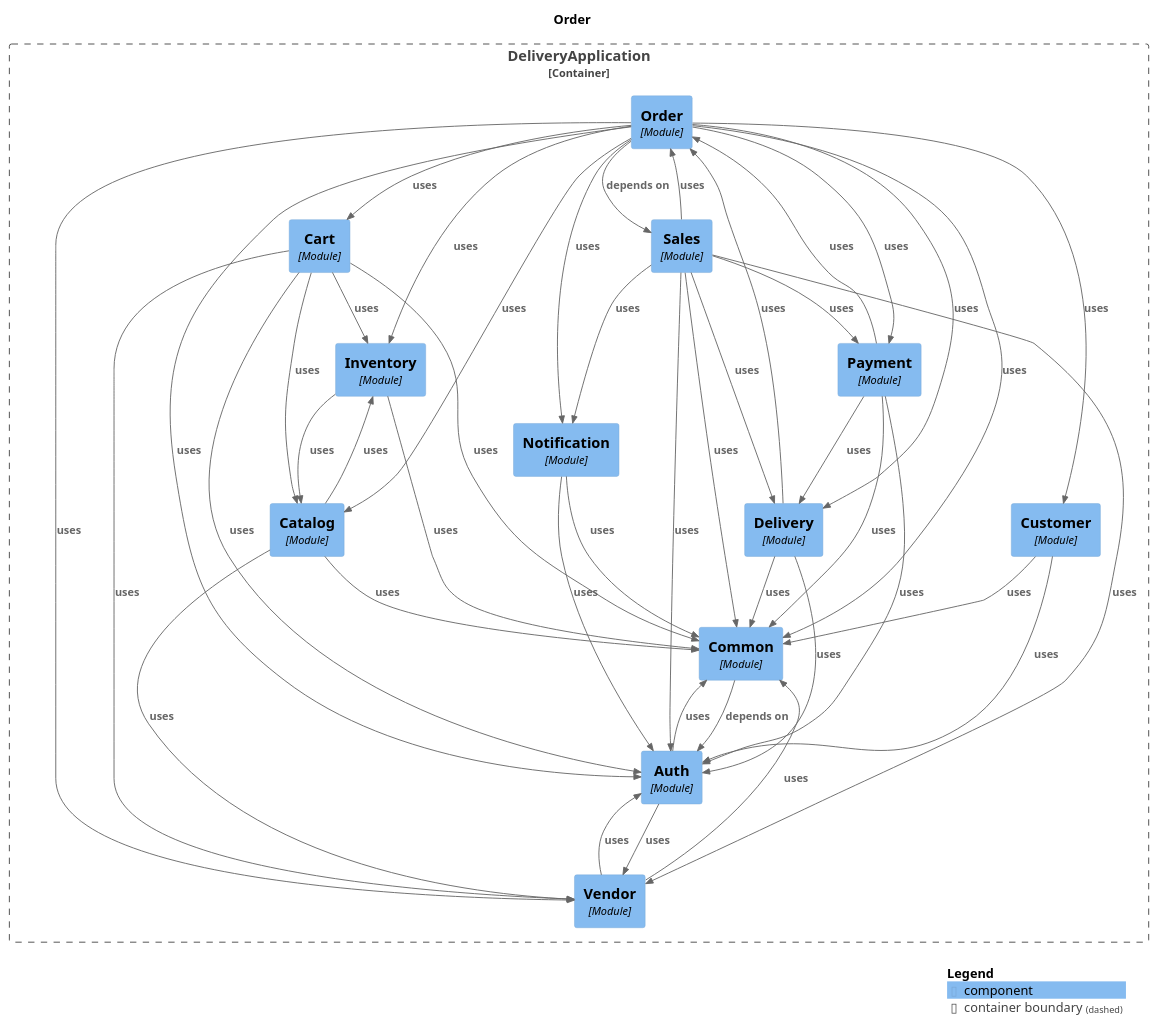
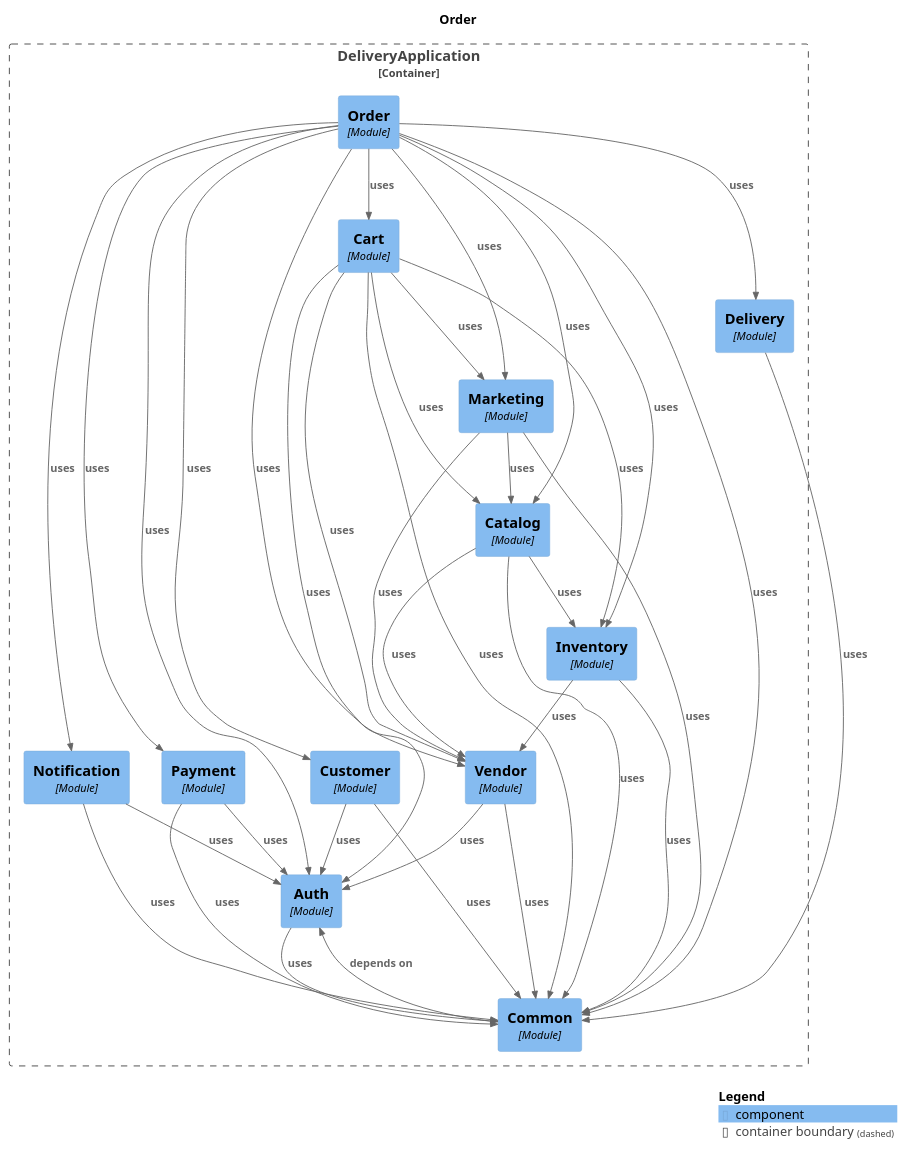
The diagram in docs/architecture/modules/module-order.puml (fxavier/pede-aqui), drawn with PlantUML before and after one commit. The commit also changed 22 other files, not shown here.

```diff
--- a/docs/architecture/modules/module-order.puml
+++ b/docs/architecture/modules/module-order.puml
@@ -1,72 +1,64 @@
 @startuml
 set separator none
 title Order
 
 top to bottom direction
 
 !include <C4/C4>
 !include <C4/C4_Context>
 !include <C4/C4_Component>
 
 Container_Boundary("DeliveryApplication.DeliveryApplication_boundary", "DeliveryApplication", $tags="") {
   Component(DeliveryApplication.DeliveryApplication.Inventory, "Inventory", $techn="Module", $descr="", $tags="", $link="")
+  Component(DeliveryApplication.DeliveryApplication.Marketing, "Marketing", $techn="Module", $descr="", $tags="", $link="")
   Component(DeliveryApplication.DeliveryApplication.Notification, "Notification", $techn="Module", $descr="", $tags="", $link="")
   Component(DeliveryApplication.DeliveryApplication.Order, "Order", $techn="Module", $descr="", $tags="", $link="")
   Component(DeliveryApplication.DeliveryApplication.Payment, "Payment", $techn="Module", $descr="", $tags="", $link="")
-  Component(DeliveryApplication.DeliveryApplication.Sales, "Sales", $techn="Module", $descr="", $tags="", $link="")
   Component(DeliveryApplication.DeliveryApplication.Vendor, "Vendor", $techn="Module", $descr="", $tags="", $link="")
   Component(DeliveryApplication.DeliveryApplication.Auth, "Auth", $techn="Module", $descr="", $tags="", $link="")
   Component(DeliveryApplication.DeliveryApplication.Cart, "Cart", $techn="Module", $descr="", $tags="", $link="")
   Component(DeliveryApplication.DeliveryApplication.Catalog, "Catalog", $techn="Module", $descr="", $tags="", $link="")
   Component(DeliveryApplication.DeliveryApplication.Common, "Common", $techn="Module", $descr="", $tags="", $link="")
   Component(DeliveryApplication.DeliveryApplication.Customer, "Customer", $techn="Module", $descr="", $tags="", $link="")
   Component(DeliveryApplication.DeliveryApplication.Delivery, "Delivery", $techn="Module", $descr="", $tags="", $link="")
 }
 
-Rel(DeliveryApplication.DeliveryApplication.Sales, DeliveryApplication.DeliveryApplication.Vendor, "uses", $techn="", $tags="", $link="")
-Rel(DeliveryApplication.DeliveryApplication.Sales, DeliveryApplication.DeliveryApplication.Order, "uses", $techn="", $tags="", $link="")
-Rel(DeliveryApplication.DeliveryApplication.Sales, DeliveryApplication.DeliveryApplication.Auth, "uses", $techn="", $tags="", $link="")
-Rel(DeliveryApplication.DeliveryApplication.Sales, DeliveryApplication.DeliveryApplication.Payment, "uses", $techn="", $tags="", $link="")
-Rel(DeliveryApplication.DeliveryApplication.Sales, DeliveryApplication.DeliveryApplication.Notification, "uses", $techn="", $tags="", $link="")
-Rel(DeliveryApplication.DeliveryApplication.Sales, DeliveryApplication.DeliveryApplication.Common, "uses", $techn="", $tags="", $link="")
-Rel(DeliveryApplication.DeliveryApplication.Sales, DeliveryApplication.DeliveryApplication.Delivery, "uses", $techn="", $tags="", $link="")
-Rel(DeliveryApplication.DeliveryApplication.Common, DeliveryApplication.DeliveryApplication.Auth, "depends on", $techn="", $tags="", $link="")
-Rel(DeliveryApplication.DeliveryApplication.Delivery, DeliveryApplication.DeliveryApplication.Auth, "uses", $techn="", $tags="", $link="")
-Rel(DeliveryApplication.DeliveryApplication.Delivery, DeliveryApplication.DeliveryApplication.Common, "uses", $techn="", $tags="", $link="")
-Rel(DeliveryApplication.DeliveryApplication.Delivery, DeliveryApplication.DeliveryApplication.Order, "uses", $techn="", $tags="", $link="")
-Rel(DeliveryApplication.DeliveryApplication.Auth, DeliveryApplication.DeliveryApplication.Common, "uses", $techn="", $tags="", $link="")
-Rel(DeliveryApplication.DeliveryApplication.Auth, DeliveryApplication.DeliveryApplication.Vendor, "uses", $techn="", $tags="", $link="")
-Rel(DeliveryApplication.DeliveryApplication.Customer, DeliveryApplication.DeliveryApplication.Auth, "uses", $techn="", $tags="", $link="")
-Rel(DeliveryApplication.DeliveryApplication.Customer, DeliveryApplication.DeliveryApplication.Common, "uses", $techn="", $tags="", $link="")
+Rel(DeliveryApplication.DeliveryApplication.Order, DeliveryApplication.DeliveryApplication.Marketing, "uses", $techn="", $tags="", $link="")
 Rel(DeliveryApplication.DeliveryApplication.Cart, DeliveryApplication.DeliveryApplication.Common, "uses", $techn="", $tags="", $link="")
+Rel(DeliveryApplication.DeliveryApplication.Cart, DeliveryApplication.DeliveryApplication.Marketing, "uses", $techn="", $tags="", $link="")
 Rel(DeliveryApplication.DeliveryApplication.Cart, DeliveryApplication.DeliveryApplication.Auth, "uses", $techn="", $tags="", $link="")
 Rel(DeliveryApplication.DeliveryApplication.Cart, DeliveryApplication.DeliveryApplication.Catalog, "uses", $techn="", $tags="", $link="")
 Rel(DeliveryApplication.DeliveryApplication.Cart, DeliveryApplication.DeliveryApplication.Inventory, "uses", $techn="", $tags="", $link="")
 Rel(DeliveryApplication.DeliveryApplication.Cart, DeliveryApplication.DeliveryApplication.Vendor, "uses", $techn="", $tags="", $link="")
-Rel(DeliveryApplication.DeliveryApplication.Order, DeliveryApplication.DeliveryApplication.Sales, "depends on", $techn="", $tags="", $link="")
+Rel(DeliveryApplication.DeliveryApplication.Delivery, DeliveryApplication.DeliveryApplication.Common, "uses", $techn="", $tags="", $link="")
+Rel(DeliveryApplication.DeliveryApplication.Payment, DeliveryApplication.DeliveryApplication.Common, "uses", $techn="", $tags="", $link="")
+Rel(DeliveryApplication.DeliveryApplication.Payment, DeliveryApplication.DeliveryApplication.Auth, "uses", $techn="", $tags="", $link="")
+Rel(DeliveryApplication.DeliveryApplication.Auth, DeliveryApplication.DeliveryApplication.Common, "uses", $techn="", $tags="", $link="")
+Rel(DeliveryApplication.DeliveryApplication.Catalog, DeliveryApplication.DeliveryApplication.Vendor, "uses", $techn="", $tags="", $link="")
+Rel(DeliveryApplication.DeliveryApplication.Catalog, DeliveryApplication.DeliveryApplication.Inventory, "uses", $techn="", $tags="", $link="")
+Rel(DeliveryApplication.DeliveryApplication.Catalog, DeliveryApplication.DeliveryApplication.Common, "uses", $techn="", $tags="", $link="")
+Rel(DeliveryApplication.DeliveryApplication.Vendor, DeliveryApplication.DeliveryApplication.Common, "uses", $techn="", $tags="", $link="")
+Rel(DeliveryApplication.DeliveryApplication.Vendor, DeliveryApplication.DeliveryApplication.Auth, "uses", $techn="", $tags="", $link="")
+Rel(DeliveryApplication.DeliveryApplication.Inventory, DeliveryApplication.DeliveryApplication.Common, "uses", $techn="", $tags="", $link="")
+Rel(DeliveryApplication.DeliveryApplication.Inventory, DeliveryApplication.DeliveryApplication.Vendor, "uses", $techn="", $tags="", $link="")
+Rel(DeliveryApplication.DeliveryApplication.Customer, DeliveryApplication.DeliveryApplication.Auth, "uses", $techn="", $tags="", $link="")
+Rel(DeliveryApplication.DeliveryApplication.Customer, DeliveryApplication.DeliveryApplication.Common, "uses", $techn="", $tags="", $link="")
+Rel(DeliveryApplication.DeliveryApplication.Common, DeliveryApplication.DeliveryApplication.Auth, "depends on", $techn="", $tags="", $link="")
+Rel(DeliveryApplication.DeliveryApplication.Notification, DeliveryApplication.DeliveryApplication.Auth, "uses", $techn="", $tags="", $link="")
+Rel(DeliveryApplication.DeliveryApplication.Notification, DeliveryApplication.DeliveryApplication.Common, "uses", $techn="", $tags="", $link="")
+Rel(DeliveryApplication.DeliveryApplication.Marketing, DeliveryApplication.DeliveryApplication.Common, "uses", $techn="", $tags="", $link="")
+Rel(DeliveryApplication.DeliveryApplication.Marketing, DeliveryApplication.DeliveryApplication.Catalog, "uses", $techn="", $tags="", $link="")
+Rel(DeliveryApplication.DeliveryApplication.Marketing, DeliveryApplication.DeliveryApplication.Vendor, "uses", $techn="", $tags="", $link="")
 Rel(DeliveryApplication.DeliveryApplication.Order, DeliveryApplication.DeliveryApplication.Common, "uses", $techn="", $tags="", $link="")
 Rel(DeliveryApplication.DeliveryApplication.Order, DeliveryApplication.DeliveryApplication.Auth, "uses", $techn="", $tags="", $link="")
 Rel(DeliveryApplication.DeliveryApplication.Order, DeliveryApplication.DeliveryApplication.Customer, "uses", $techn="", $tags="", $link="")
+Rel(DeliveryApplication.DeliveryApplication.Order, DeliveryApplication.DeliveryApplication.Vendor, "uses", $techn="", $tags="", $link="")
+Rel(DeliveryApplication.DeliveryApplication.Order, DeliveryApplication.DeliveryApplication.Delivery, "uses", $techn="", $tags="", $link="")
 Rel(DeliveryApplication.DeliveryApplication.Order, DeliveryApplication.DeliveryApplication.Cart, "uses", $techn="", $tags="", $link="")
 Rel(DeliveryApplication.DeliveryApplication.Order, DeliveryApplication.DeliveryApplication.Payment, "uses", $techn="", $tags="", $link="")
-Rel(DeliveryApplication.DeliveryApplication.Order, DeliveryApplication.DeliveryApplication.Delivery, "uses", $techn="", $tags="", $link="")
 Rel(DeliveryApplication.DeliveryApplication.Order, DeliveryApplication.DeliveryApplication.Inventory, "uses", $techn="", $tags="", $link="")
-Rel(DeliveryApplication.DeliveryApplication.Order, DeliveryApplication.DeliveryApplication.Vendor, "uses", $techn="", $tags="", $link="")
 Rel(DeliveryApplication.DeliveryApplication.Order, DeliveryApplication.DeliveryApplication.Notification, "uses", $techn="", $tags="", $link="")
 Rel(DeliveryApplication.DeliveryApplication.Order, DeliveryApplication.DeliveryApplication.Catalog, "uses", $techn="", $tags="", $link="")
-Rel(DeliveryApplication.DeliveryApplication.Catalog, DeliveryApplication.DeliveryApplication.Vendor, "uses", $techn="", $tags="", $link="")
-Rel(DeliveryApplication.DeliveryApplication.Catalog, DeliveryApplication.DeliveryApplication.Inventory, "uses", $techn="", $tags="", $link="")
-Rel(DeliveryApplication.DeliveryApplication.Catalog, DeliveryApplication.DeliveryApplication.Common, "uses", $techn="", $tags="", $link="")
-Rel(DeliveryApplication.DeliveryApplication.Notification, DeliveryApplication.DeliveryApplication.Auth, "uses", $techn="", $tags="", $link="")
-Rel(DeliveryApplication.DeliveryApplication.Notification, DeliveryApplication.DeliveryApplication.Common, "uses", $techn="", $tags="", $link="")
-Rel(DeliveryApplication.DeliveryApplication.Vendor, DeliveryApplication.DeliveryApplication.Common, "uses", $techn="", $tags="", $link="")
-Rel(DeliveryApplication.DeliveryApplication.Vendor, DeliveryApplication.DeliveryApplication.Auth, "uses", $techn="", $tags="", $link="")
-Rel(DeliveryApplication.DeliveryApplication.Payment, DeliveryApplication.DeliveryApplication.Order, "uses", $techn="", $tags="", $link="")
-Rel(DeliveryApplication.DeliveryApplication.Payment, DeliveryApplication.DeliveryApplication.Common, "uses", $techn="", $tags="", $link="")
-Rel(DeliveryApplication.DeliveryApplication.Payment, DeliveryApplication.DeliveryApplication.Auth, "uses", $techn="", $tags="", $link="")
-Rel(DeliveryApplication.DeliveryApplication.Payment, DeliveryApplication.DeliveryApplication.Delivery, "uses", $techn="", $tags="", $link="")
-Rel(DeliveryApplication.DeliveryApplication.Inventory, DeliveryApplication.DeliveryApplication.Common, "uses", $techn="", $tags="", $link="")
-Rel(DeliveryApplication.DeliveryApplication.Inventory, DeliveryApplication.DeliveryApplication.Catalog, "uses", $techn="", $tags="", $link="")
 
 SHOW_LEGEND(true)
 @enduml
```
